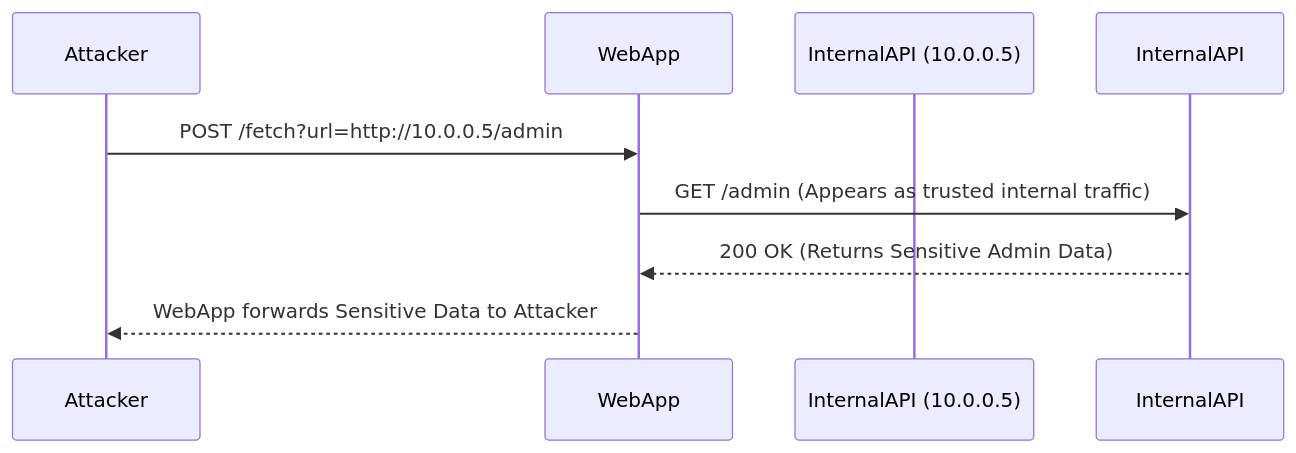
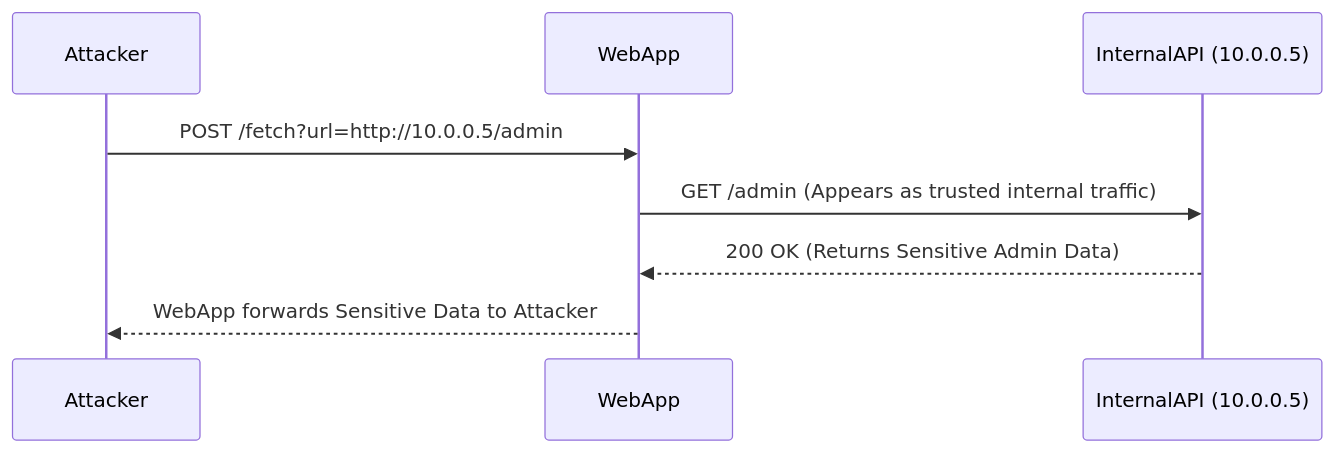
The sixth of 9 diagrams in Part 3 - CRTA/Module_17_WEB_AND_NETWORK_EXPLOITATION.md (rahulsz/ADCDV3), drawn with Mermaid before and after one commit. The commit also changed other lines of this file, not shown here.

Commit message:
Fix Mermaid diagram rendering issues and remove duplicate content

````diff
--- a/Part 3 - CRTA/Module_17_WEB_AND_NETWORK_EXPLOITATION.md
+++ b/Part 3 - CRTA/Module_17_WEB_AND_NETWORK_EXPLOITATION.md
@@ -166,11 +166,11 @@
 ```mermaid
 sequenceDiagram
     participant Attacker
     participant WebApp
-    participant InternalAPI (10.0.0.5)
+    participant InternalAPI as InternalAPI (10.0.0.5)
     
     Attacker->>WebApp: POST /fetch?url=http://10.0.0.5/admin
     WebApp->>InternalAPI: GET /admin (Appears as trusted internal traffic)
     InternalAPI-->>WebApp: 200 OK (Returns Sensitive Admin Data)
     WebApp-->>Attacker: WebApp forwards Sensitive Data to Attacker
 ```
````
